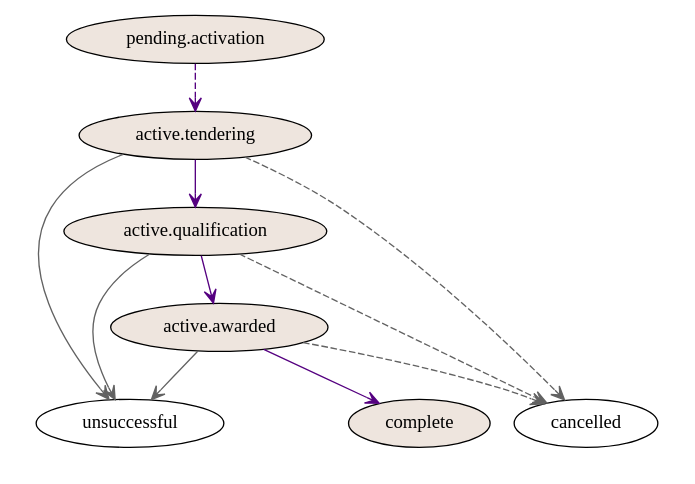
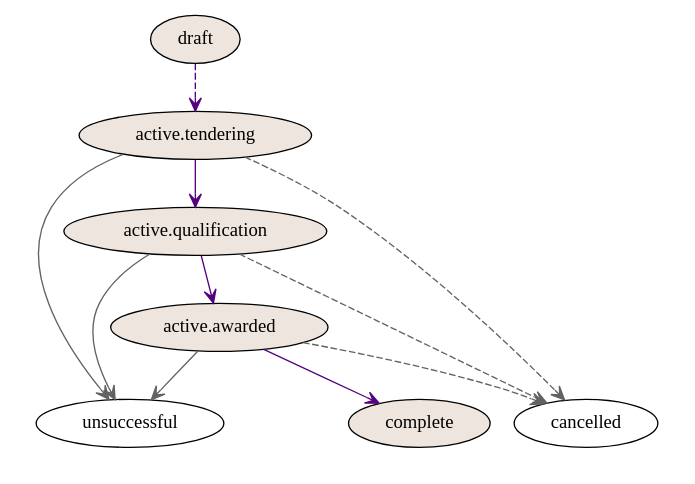
Before and after one commit to openprocurement/openprocurement.auctions.appraisal: the diagram in docs/source/statusWorkflow.rst, drawn with Graphviz. The commit also changed other lines of this file and 6 other files, not shown here.

```diff
--- a/docs/source/statusWorkflow.rst
+++ b/docs/source/statusWorkflow.rst
@@ -16,36 +10,36 @@
 .. graphviz::
 
     digraph G {
         node [style=filled, fillcolor=seashell2];
         edge[style=dashed,  arrowhead="vee"];
-        "pending.activation" -> "active.tendering" [color="0.7777 1.0000 0.5020"];
+        "draft" -> "active.tendering" [color="0.7777 1.0000 0.5020"];
         edge[style=solid,  arrowhead="vee"];
         "active.tendering" -> "active.qualification" [color="0.7777 1.0000 0.5020"];
         edge[dir="forward"];
         "active.qualification" -> "active.awarded" [color="0.7777 1.0000 0.5020"];
 
         subgraph cluster_1 {
             node [style=solid];
             edge[style=solid]
             "active.tendering" -> "unsuccessful" [color="0.0000 0.0000 0.3882"];
             edge[style=solid]
             "active.qualification" -> "unsuccessful" [color="0.0000 0.0000 0.3882"];
             edge[style=solid];
             "active.awarded" -> "unsuccessful" [color="0.0000 0.0000 0.3882"];
             color=white;
         }
 
         subgraph cluster_2 {
          node [style=solid];
             edge[style=dashed]
             "active.tendering" -> "cancelled" [color="0.0000 0.0000 0.3882"];
             edge[style=dashed]
             "active.qualification" -> "cancelled" [color="0.0000 0.0000 0.3882"];
             edge[style=dashed];
             "active.awarded" -> "cancelled" [color="0.0000 0.0000 0.3882"];
             color=white;
         }
 
         edge[dir="forward"];
         "active.awarded" -> "complete" [color="0.7777 1.0000 0.5020"];       
     }
```
